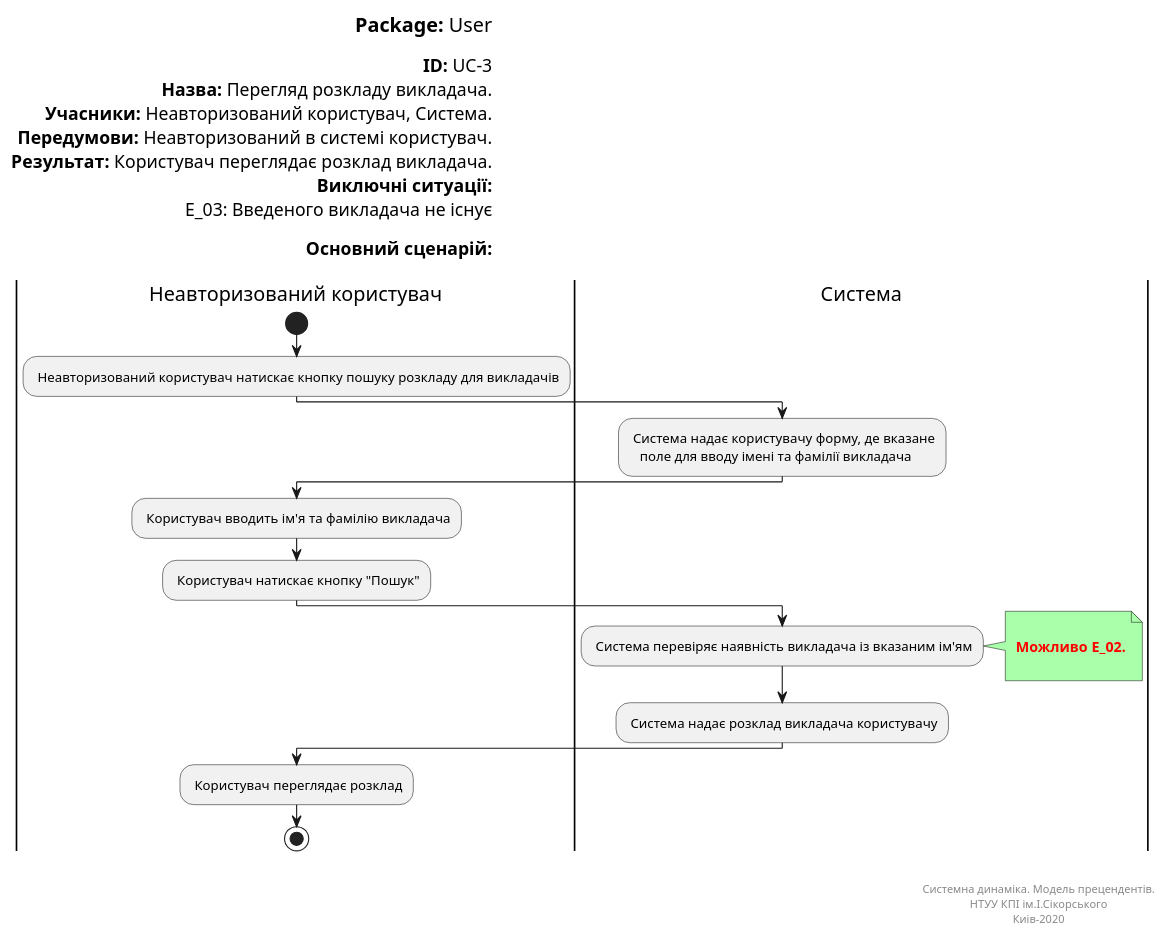
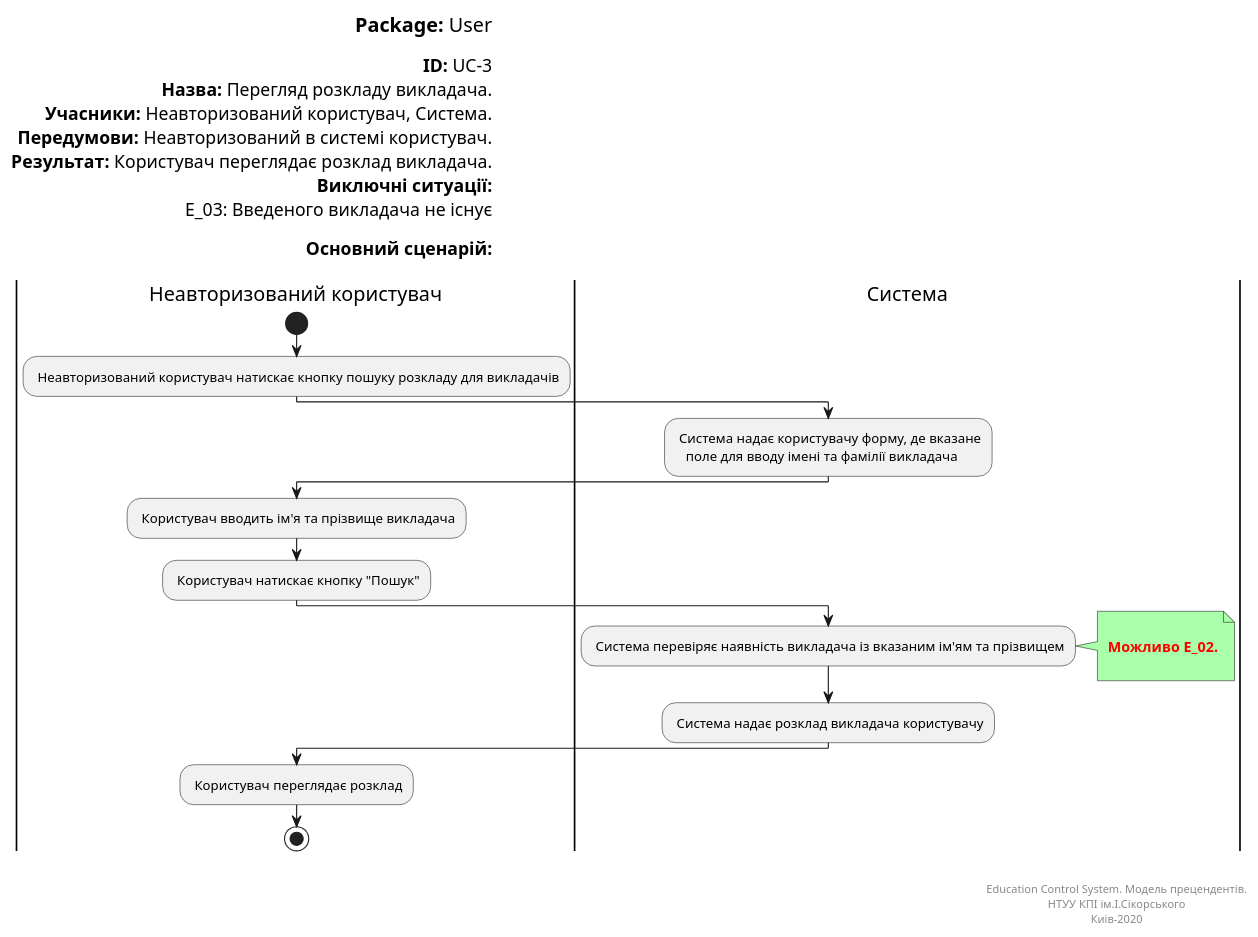
One commit to vladlinu/TeamOne changed the diagram in UML_Diagrams/unauthorized_user/UC-3.pu. Above: the diagram before and after it, drawn with PlantUML. The commit also changed 7 other files, not shown here.

Commit message:
Changed to Education control system

```diff
--- a/UML_Diagrams/unauthorized_user/UC-3.pu
+++ b/UML_Diagrams/unauthorized_user/UC-3.pu
@@ -1,53 +1,53 @@
 @startuml
 left header
 <font color=000 size=18><b>Package:</b> User
 
 <font color=000 size=16><b>ID:</b> UC-3
 <font color=000 size=16><b>Назва:</b> Перегляд розкладу викладача.
 <font color=000 size=16><b>Учасники:</b> Неавторизований користувач, Система.
 <font color=000 size=16><b>Передумови:</b> Неавторизований в системі користувач.
 <font color=000 size=16><b>Результат:</b> Користувач переглядає розклад викладача.
 <font color=000 size=16><b>Виключні ситуації:</b>
 <font color=000 size=16> E_03: Введеного викладача не існує
 
 <font color=000 size=16><b>Основний сценарій:</b>
 
 end header
 
 |Неавторизований користувач|
 start
 : Неавторизований користувач натискає кнопку пошуку розкладу для викладачів;
 
 |Система|
 : Система надає користувачу форму, де вказане
    поле для вводу імені та фамілії викладача;
 
 |Неавторизований користувач|
-: Користувач вводить ім'я та фамілію викладача;   
+: Користувач вводить ім'я та прізвище викладача;   
 
 : Користувач натискає кнопку "Пошук";
 
 |Система|
-: Система перевіряє наявність викладача із вказаним ім'ям;
+: Система перевіряє наявність викладача із вказаним ім'ям та прізвищем;
 note right #aaffaa
 
 <font color=red><b> Можливо E_02.
 
 end note
 
 : Система надає розклад викладача користувачу;
 
 |Неавторизований користувач|
 
 : Користувач переглядає розклад;
 
 stop;
 
 right footer
 
 
-Системна динаміка. Модель прецендентів.
+Education Control System. Модель прецендентів.
 НТУУ КПІ ім.І.Сікорського
 Киів-2020
 end footer
 @enduml
```
